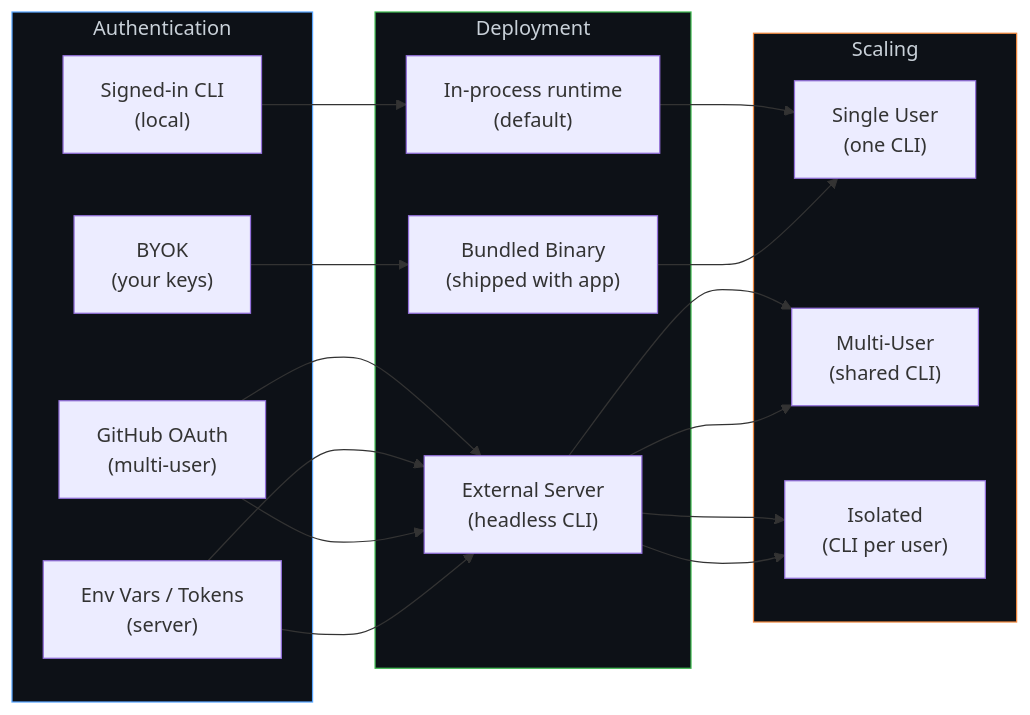
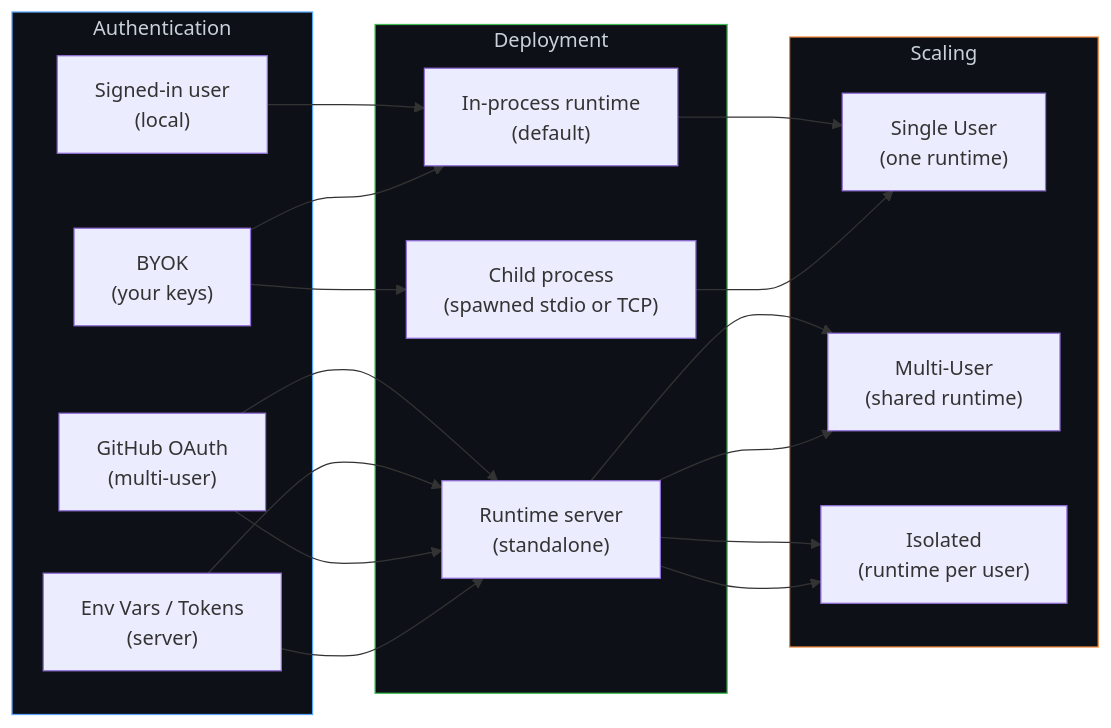
One commit to jeremiahjordanisaacson/copilot-sdk-supercharged changed the second of 2 diagrams in docs/setup/choosing-a-setup-path.md. Above: the diagram before and after it, drawn with Mermaid. The commit also changed other lines of this file and 35 other files, not shown here.

````diff
--- a/docs/setup/choosing-a-setup-path.md
+++ b/docs/setup/choosing-a-setup-path.md
@@ -100,32 +107,33 @@
 ```mermaid
 flowchart LR
     subgraph Auth["Authentication"]
-        A1["Signed-in CLI<br/>(local)"]
+        A1["Signed-in user<br/>(local)"]
         A2["GitHub OAuth<br/>(multi-user)"]
         A3["Env Vars / Tokens<br/>(server)"]
         A4["BYOK<br/>(your keys)"]
     end
 
     subgraph Deploy["Deployment"]
         D1["In-process runtime<br/>(default)"]
-        D2["Bundled Binary<br/>(shipped with app)"]
-        D3["External Server<br/>(headless CLI)"]
+        D2["Child process<br/>(spawned stdio or TCP)"]
+        D3["Runtime server<br/>(standalone)"]
     end
 
     subgraph Scale["Scaling"]
-        S1["Single User<br/>(one CLI)"]
-        S2["Multi-User<br/>(shared CLI)"]
-        S3["Isolated<br/>(CLI per user)"]
+        S1["Single User<br/>(one runtime)"]
+        S2["Multi-User<br/>(shared runtime)"]
+        S3["Isolated<br/>(runtime per user)"]
     end
 
     A1 --> D1 --> S1
     A2 --> D3 --> S2
     A3 --> D3 --> S2
+    A4 --> D1
     A4 --> D2 --> S1
     A2 --> D3 --> S3
     A3 --> D3 --> S3
 
     style Auth fill:#0d1117,stroke:#58a6ff,color:#c9d1d9
     style Deploy fill:#0d1117,stroke:#3fb950,color:#c9d1d9
     style Scale fill:#0d1117,stroke:#f0883e,color:#c9d1d9
 ```
````
